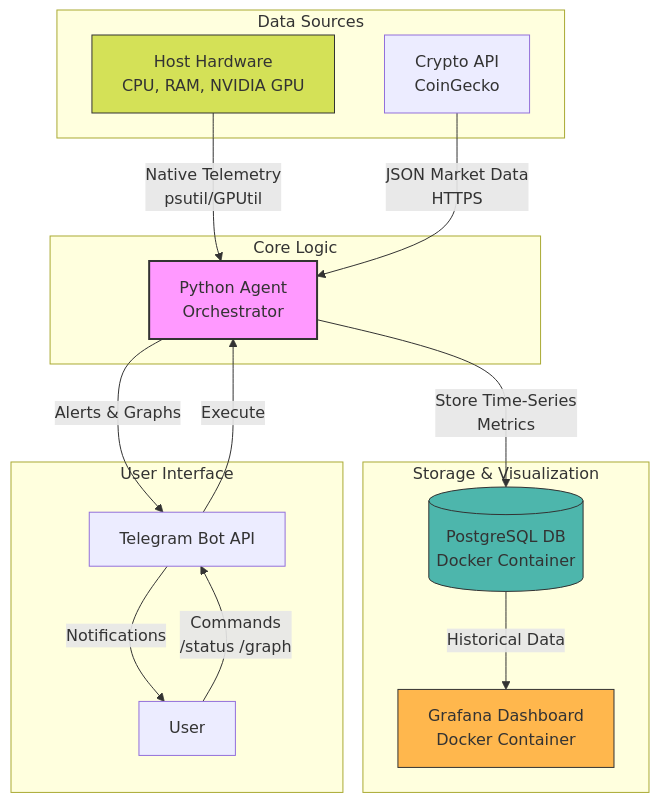
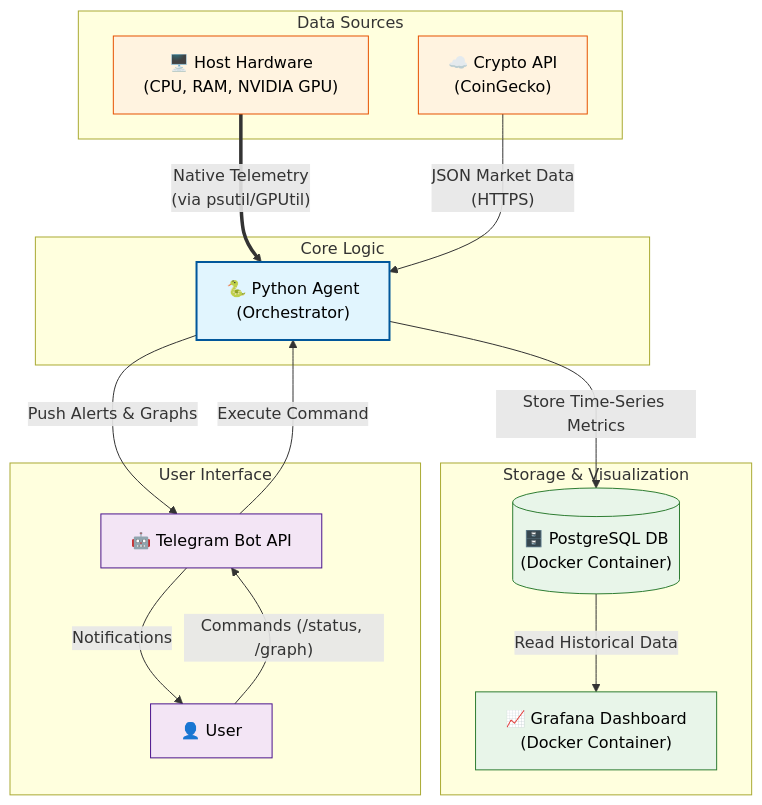
The diagram in README.md (ilyalaz01/CryptoStation), drawn with Mermaid before and after one commit.

````diff
--- a/README.md
+++ b/README.md
@@ -18,41 +18,48 @@
 ```mermaid
 graph TD
     %% Data Sources
     subgraph Sources [Data Sources]
-        HW[Host Hardware<br/>CPU, RAM, NVIDIA GPU]
-        API[Crypto API<br/>CoinGecko]
+        HW["🖥️ Host Hardware<br/>(CPU, RAM, NVIDIA GPU)"]
+        API["☁️ Crypto API<br/>(CoinGecko)"]
     end
 
     %% Core Application
     subgraph Core [Core Logic]
-        Agent[Python Agent<br/>Orchestrator]
+        Agent["🐍 Python Agent<br/>(Orchestrator)"]
     end
 
     %% Storage & Viz
     subgraph Persistence [Storage & Visualization]
-        DB[(PostgreSQL DB<br/>Docker Container)]
-        Grafana[Grafana Dashboard<br/>Docker Container]
+        DB[("🗄️ PostgreSQL DB<br/>(Docker Container)")]
+        Grafana["📈 Grafana Dashboard<br/>(Docker Container)"]
     end
 
     %% Interaction
     subgraph Interface [User Interface]
-        TG[Telegram Bot API]
-        User[User]
+        TG["🤖 Telegram Bot API"]
+        User["👤 User"]
     end
 
     %% Flows
-    HW -->|Native Telemetry<br/>psutil/GPUtil| Agent
-    API -->|JSON Market Data<br/>HTTPS| Agent
-    Agent -->|Store Time-Series<br/>Metrics| DB
-    DB -->|Historical Data| Grafana
-    Agent -->|Alerts & Graphs| TG
-    TG -->|Notifications| User
-    User -->|Commands<br/>/status /graph| TG
-    TG -->|Execute| Agent
+    HW == "Native Telemetry<br/>(via psutil/GPUtil)" ==> Agent
+    API -- "JSON Market Data<br/>(HTTPS)" --> Agent
+    
+    Agent -- "Store Time-Series Metrics" --> DB
+    DB -- "Read Historical Data" --> Grafana
+    
+    Agent -- "Push Alerts & Graphs" --> TG
+    TG -- "Notifications" --> User
+    User -- "Commands (/status, /graph)" --> TG
+    TG -- "Execute Command" --> Agent
 
-    %% Styling
-    style Agent fill:#f9f,stroke:#333,stroke-width:2px
-    style HW fill:#d4e157,stroke:#333
-    style DB fill:#4db6ac,stroke:#333
-    style Grafana fill:#ffb74d,stroke:#333
+    %% Professional Styling (Blue/Grey Theme)
+    classDef core fill:#e1f5fe,stroke:#01579b,stroke-width:2px,color:#000;
+    classDef source fill:#fff3e0,stroke:#e65100,stroke-width:1px,color:#000;
+    classDef storage fill:#e8f5e9,stroke:#2e7d32,stroke-width:1px,color:#000;
+    classDef interface fill:#f3e5f5,stroke:#4a148c,stroke-width:1px,color:#000;
+
+    class Agent core;
+    class HW,API source;
+    class DB,Grafana storage;
+    class TG,User interface;
 ```
````
